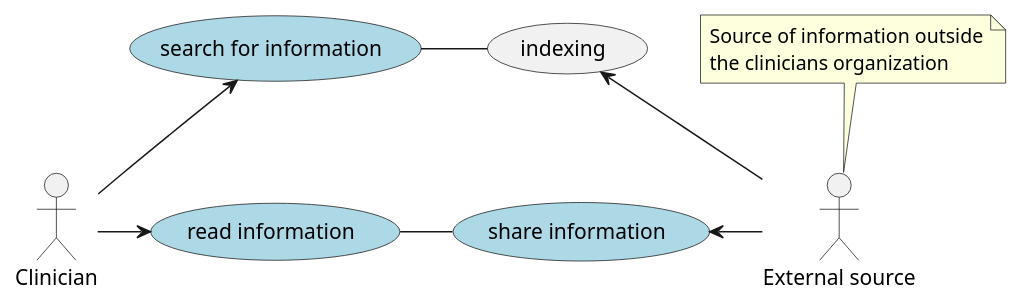
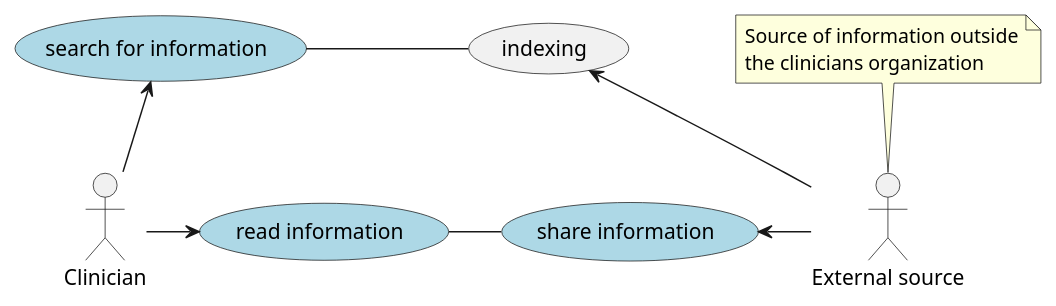
The diagram in VitalSigns/input/images-source/main-use-case.plantuml (HL7Norway/no-domain), drawn with PlantUML before and after one commit.

Commit message:
plantuml bugfix

```diff
--- a/VitalSigns/input/images-source/main-use-case.plantuml
+++ b/VitalSigns/input/images-source/main-use-case.plantuml
@@ -1,53 +1,53 @@
 @startuml
 
 'note "Vitale parametere" as app
 'note "Presentert av applikasjon" as presentasjon
 'note "Assistanse for dokumentasjon\nog koding fra applikasjon" as dokumentasjon
 note "Source of information outside\nthe clinicians organization" as source
 
 "Clinician" as kliniker
 
 'rectangle "test" as rect {
 "search for information" as (soke) #lightblue
 "indexing" as (indeksere)
 "read information" as (lese) #lightblue
 "share information" as (dele) #lightblue
 
-(soke) -down[hidden]- (lese)
-(indeksere) -down[hidden]- (dele)
+'(soke) -down[hidden]- (lese)
+'(indeksere) -down[hidden]- (dele)
 "External source" as applikasjon
 applikasjon -left-> indeksere
 applikasjon -left-> dele
 dele -left- lese
 indeksere -left- soke
 source -down- applikasjon
 '}
 'actor "Pasient" as pasient 
 '[API] as api
 '"skrive informasjon" as (skrive) #lightblue
 
 'kliniker -[hidden]right- api
 'api -[hidden]right- pasient
 
 kliniker -up-> soke
 'søke <-down- pasient
 
 kliniker -right-> (lese)
 '(lese) <-right- pasient
 'kliniker -down-> (skrive)
 
 'pasient -left-> lese
 'pasient -[hidden]left-> skrive
 'pasient -down-> skrive
 
 '(søke) -down- app
 'app -down- (lese)
 '(lese) -right- app
 'app -down- pasient
 'skrive -down- dokumentasjon
 'lese -down- presentasjon
 
 'api .up. lese
 'api .down. skrive
 
 @enduml
```
